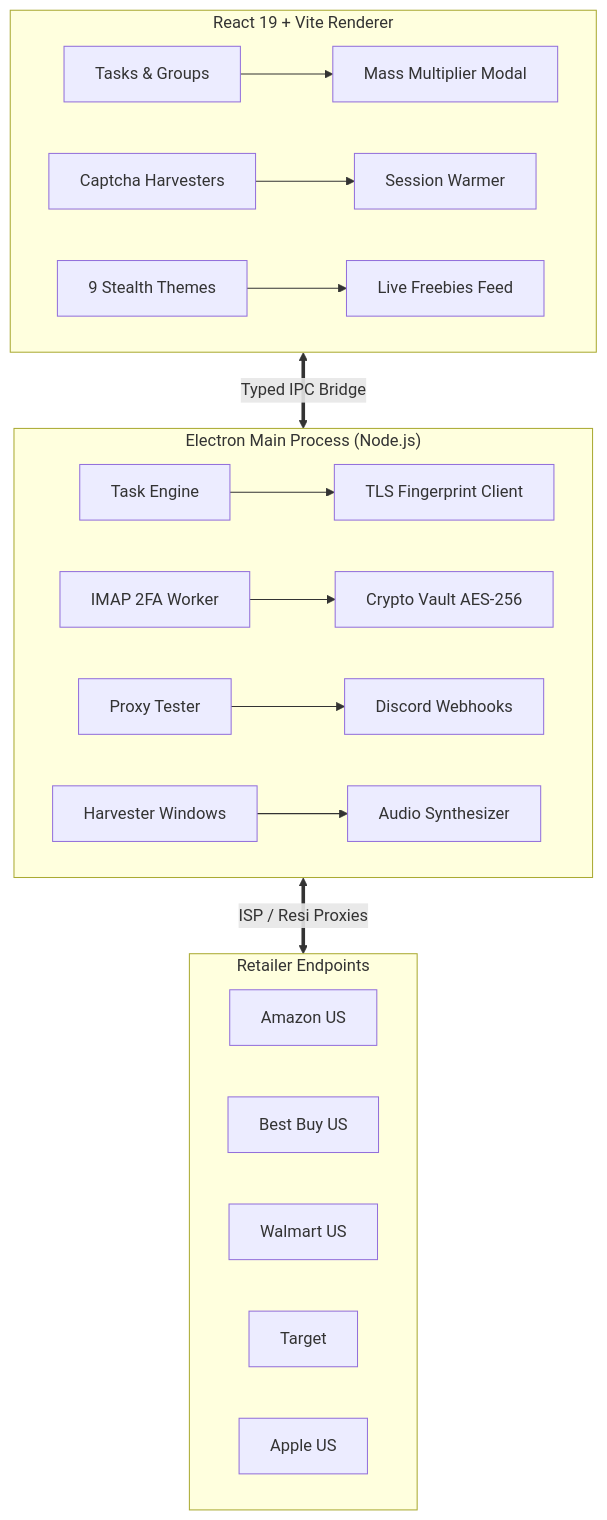
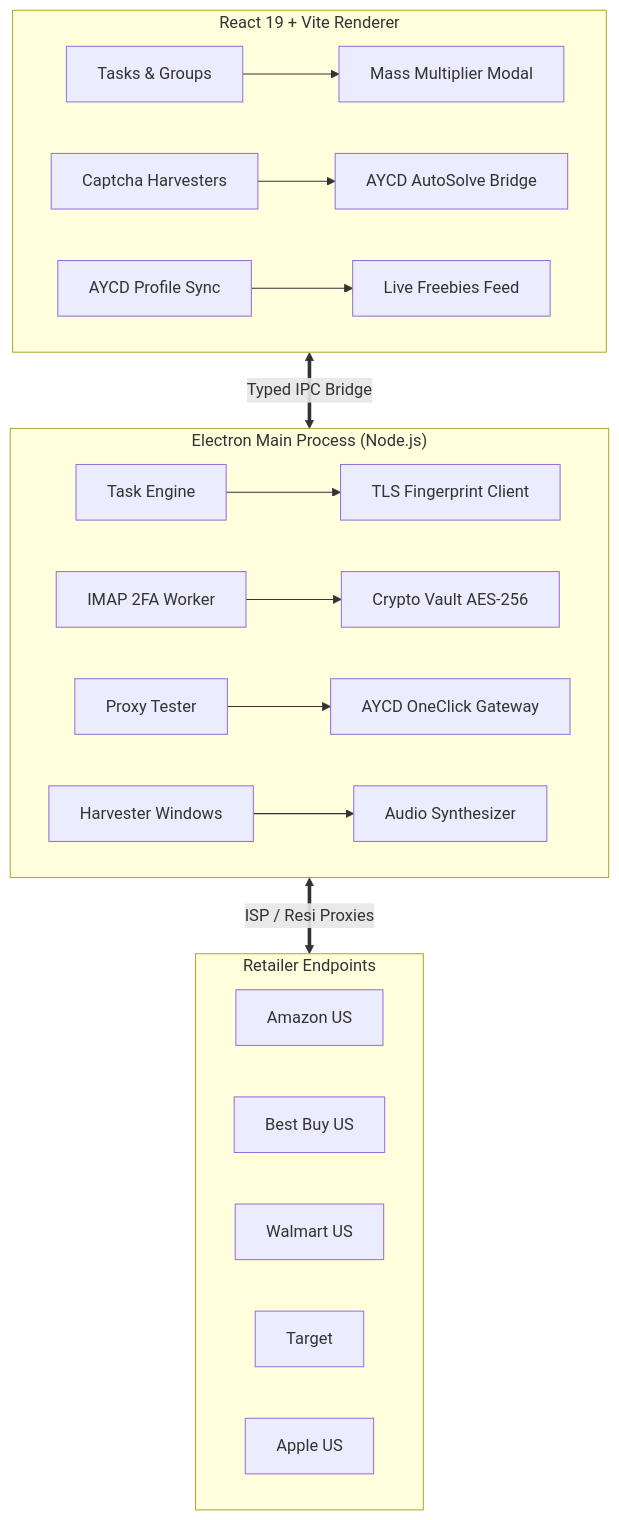
Before and after one commit to AqibMiah000/Blank-Bot: the diagram in README.md, drawn with Mermaid. The commit also changed other lines of this file and 10 other files, not shown here.

Commit message:
feat(aycd): 1:1 AYCD Toolbox integration (AutoSolve OneClick & Profile Builder sync)

````diff
--- a/README.md
+++ b/README.md
@@ -45,26 +46,26 @@
 ```mermaid
 flowchart TD
     subgraph UI ["React 19 + Vite Renderer"]
         A[Tasks & Groups] --> B[Mass Multiplier Modal]
-        C[Captcha Harvesters] --> D[Session Warmer]
-        E[9 Stealth Themes] --> F[Live Freebies Feed]
+        C[Captcha Harvesters] --> D[AYCD AutoSolve Bridge]
+        E[AYCD Profile Sync] --> F[Live Freebies Feed]
     end
 
     subgraph Core ["Electron Main Process (Node.js)"]
         G[Task Engine] --> H[TLS Fingerprint Client]
         I[IMAP 2FA Worker] --> J[Crypto Vault AES-256]
-        K[Proxy Tester] --> L[Discord Webhooks]
+        K[Proxy Tester] --> L[AYCD OneClick Gateway]
         M[Harvester Windows] --> N[Audio Synthesizer]
     end
 
     subgraph Targets ["Retailer Endpoints"]
         O[Amazon US]
         P[Best Buy US]
         Q[Walmart US]
         R[Target]
         S[Apple US]
     end
 
     UI <==> |Typed IPC Bridge| Core
     Core <==> |ISP / Resi Proxies| Targets
 ```
````
